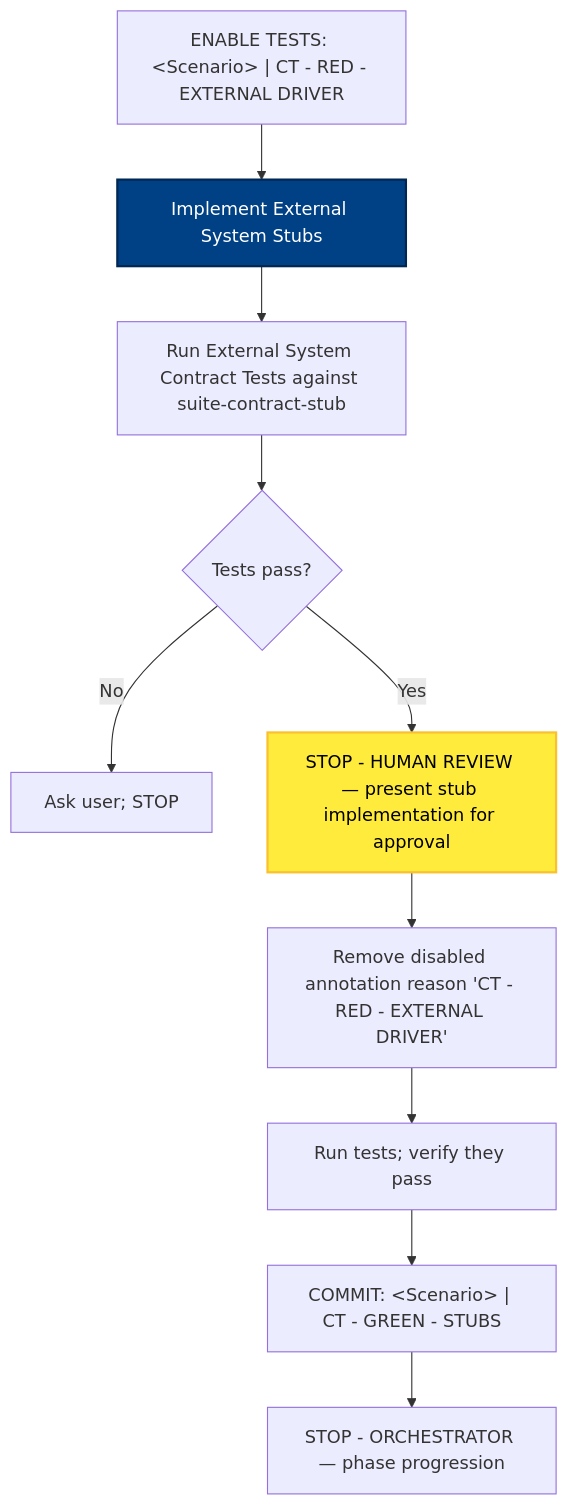
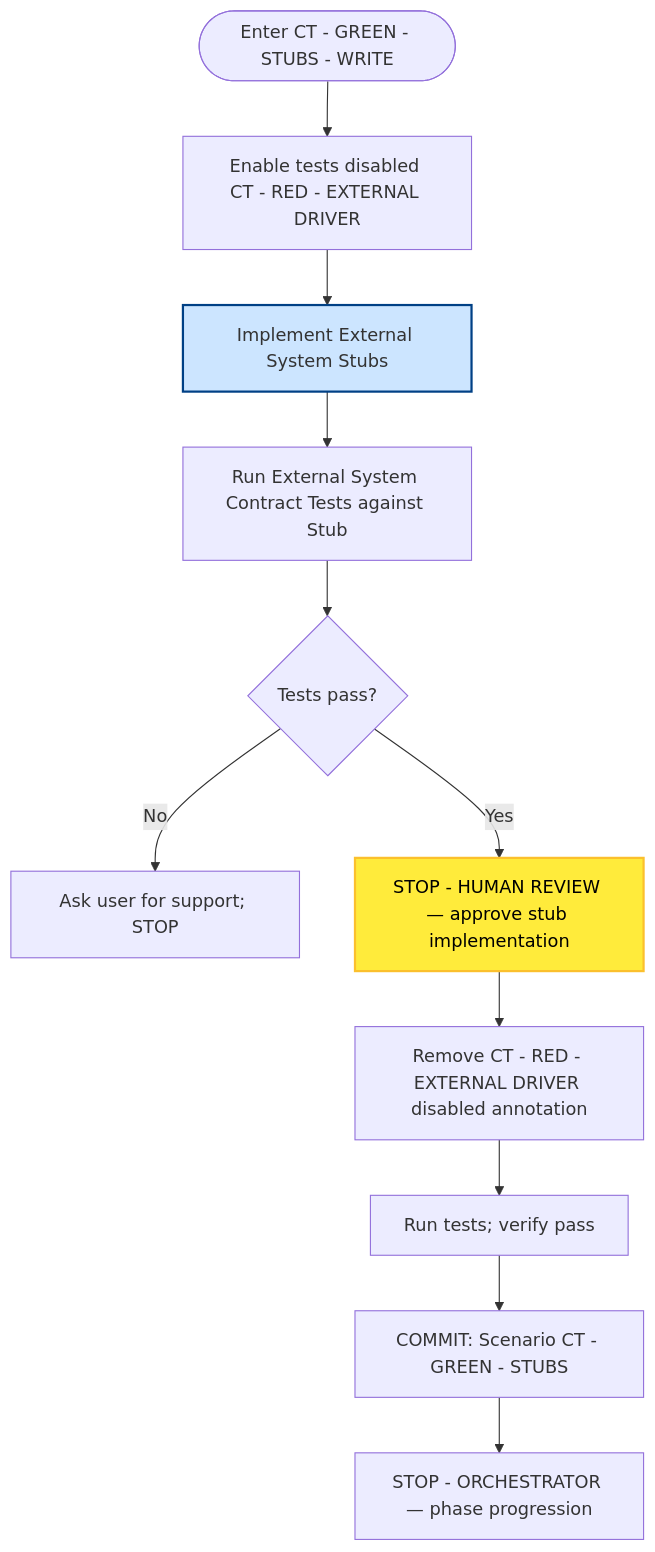
The eighth of 8 diagrams in docs/atdd/process/phase-details-diagram.md (optivem/starter), drawn with Mermaid before and after one commit. The commit also changed other lines of this file and 1 other file, not shown here.

First line of the commit message:
Regenerate process diagrams after AT/CT phase doc split

````diff
--- a/docs/atdd/process/phase-details-diagram.md
+++ b/docs/atdd/process/phase-details-diagram.md
@@ -264,28 +269,30 @@
 ```mermaid
 flowchart TD
-    ENABLE["ENABLE TESTS: &lt;Scenario&gt; | CT - RED - EXTERNAL DRIVER"]
+    START([Enter CT - GREEN - STUBS - WRITE])
+    ENABLE[Enable tests disabled CT - RED - EXTERNAL DRIVER]
     IMPL_STUBS[Implement External System Stubs]
-    RUN[Run External System Contract Tests against suite-contract-stub]
+    RUN[Run External System Contract Tests against Stub]
     PASS{Tests pass?}
-    ASK_USER[Ask user; STOP]
-    STOP_WRITE[STOP - HUMAN REVIEW — present stub implementation for approval]
-    REMOVE_DISABLED[Remove disabled annotation reason 'CT - RED - EXTERNAL DRIVER']
-    RUN_VERIFY[Run tests; verify they pass]
-    COMMIT["COMMIT: &lt;Scenario&gt; | CT - GREEN - STUBS"]
+    ASK_STOP[Ask user for support; STOP]
+    STOP_WRITE[STOP - HUMAN REVIEW — approve stub implementation]
+    REMOVE_DISABLED[Remove CT - RED - EXTERNAL DRIVER disabled annotation]
+    RUN_FINAL[Run tests; verify pass]
+    COMMIT[COMMIT: Scenario CT - GREEN - STUBS]
     STOP_END[STOP - ORCHESTRATOR — phase progression]
 
+    START --> ENABLE
     ENABLE --> IMPL_STUBS
     IMPL_STUBS --> RUN
     RUN --> PASS
-    PASS -->|No| ASK_USER
+    PASS -->|No| ASK_STOP
     PASS -->|Yes| STOP_WRITE
     STOP_WRITE --> REMOVE_DISABLED
-    REMOVE_DISABLED --> RUN_VERIFY
-    RUN_VERIFY --> COMMIT
+    REMOVE_DISABLED --> RUN_FINAL
+    RUN_FINAL --> COMMIT
     COMMIT --> STOP_END
 
-    classDef effortNode fill:#004085,stroke:#002752,stroke-width:2px,color:#fff
+    classDef effortNode fill:#cce5ff,stroke:#004085,stroke-width:2px
     class IMPL_STUBS effortNode
     classDef humanReviewNode fill:#ffeb3b,stroke:#fbc02d,stroke-width:2px,color:#000
     class STOP_WRITE humanReviewNode
 ```
````
